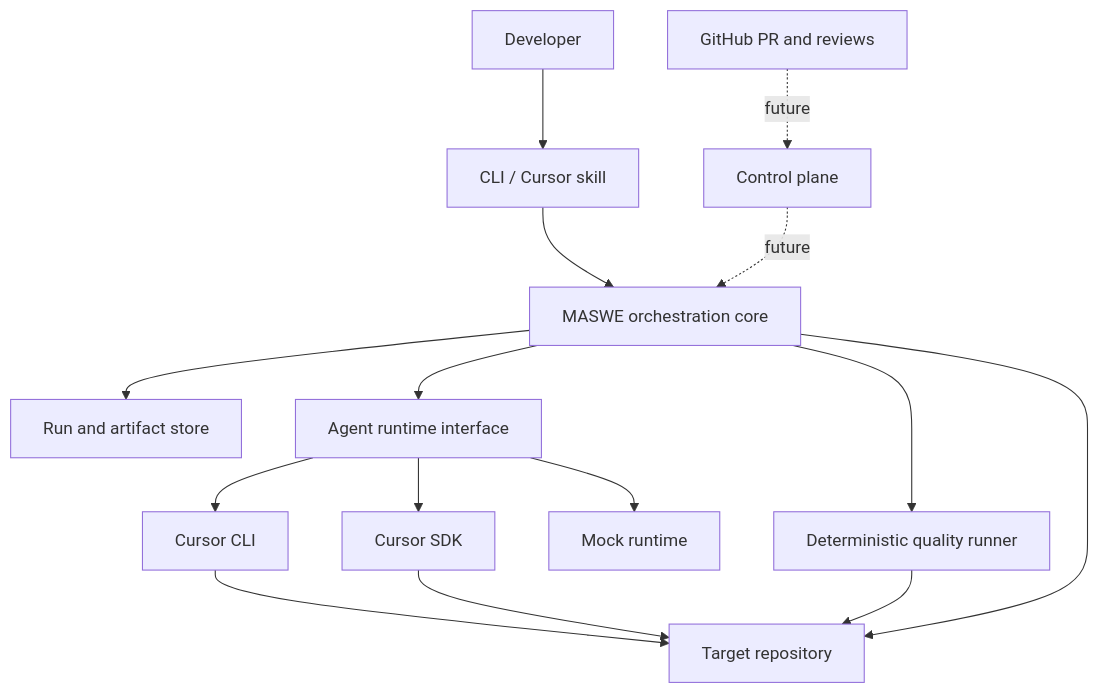
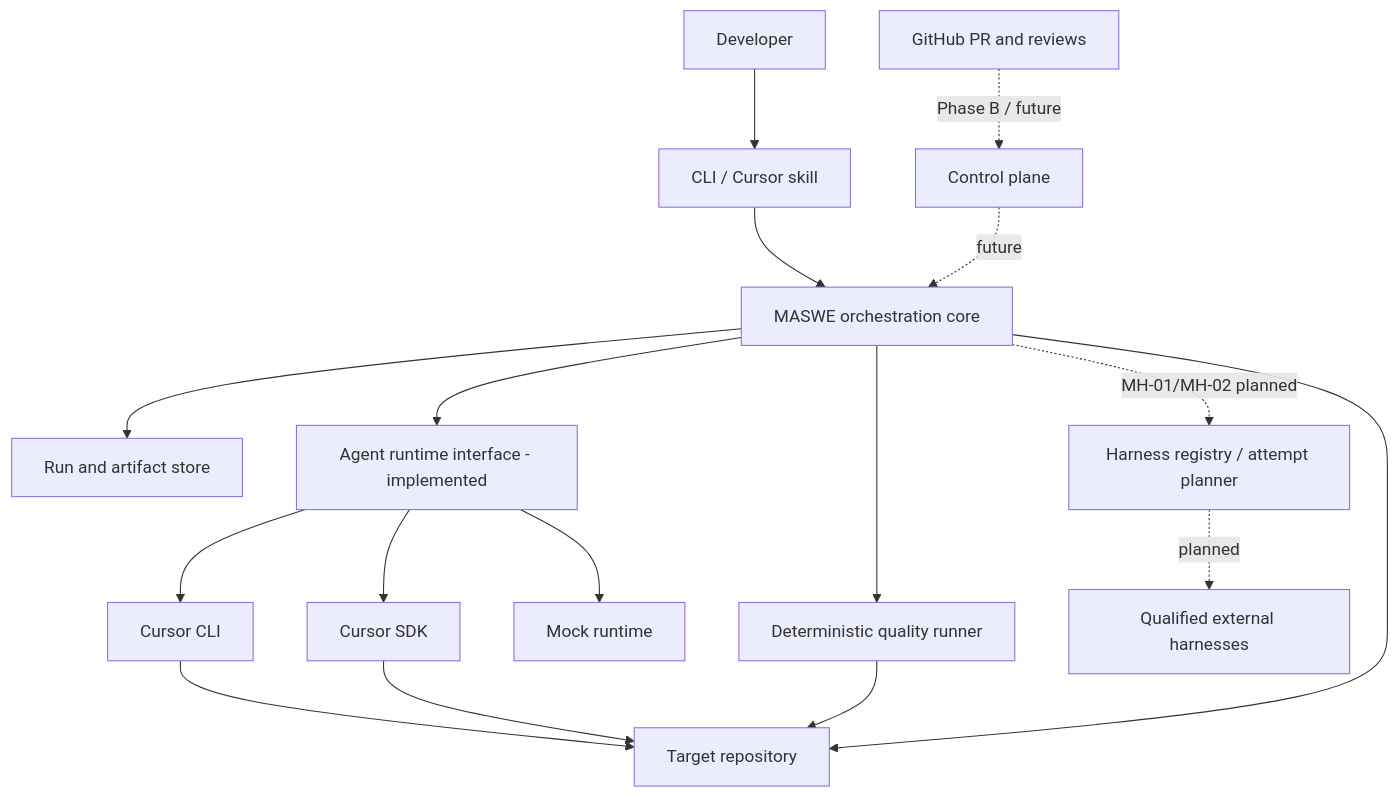
One commit to tomazb/multi-agent-software-engineer changed the first of 3 diagrams in docs/ARCHITECTURE.md. Above: the diagram before and after it, drawn with Mermaid. The commit also changed other lines of this file and 7 other files, not shown here.

First line of the commit message:
Publish MH-00 multi-harness execution architecture (#41)

````diff
--- a/docs/ARCHITECTURE.md
+++ b/docs/ARCHITECTURE.md
@@ -21,17 +23,19 @@
 ```mermaid
 flowchart TB
   Dev[Developer] --> Entry[CLI / Cursor skill]
-  GitHub[GitHub PR and reviews] -. future .-> Control[Control plane]
+  GitHub[GitHub PR and reviews] -. Phase B / future .-> Control[Control plane]
   Entry --> Core[MASWE orchestration core]
   Control -. future .-> Core
   Core --> Store[Run and artifact store]
-  Core --> Adapter[Agent runtime interface]
+  Core --> Adapter[Agent runtime interface - implemented]
   Adapter --> CLI[Cursor CLI]
   Adapter --> SDK[Cursor SDK]
   Adapter --> Mock[Mock runtime]
   Core --> Quality[Deterministic quality runner]
   CLI --> Repo[Target repository]
   SDK --> Repo
   Quality --> Repo
   Core --> Repo
+  Core -. MH-01/MH-02 planned .-> Registry[Harness registry / attempt planner]
+  Registry -. planned .-> Harnesses[Qualified external harnesses]
 ```
````
